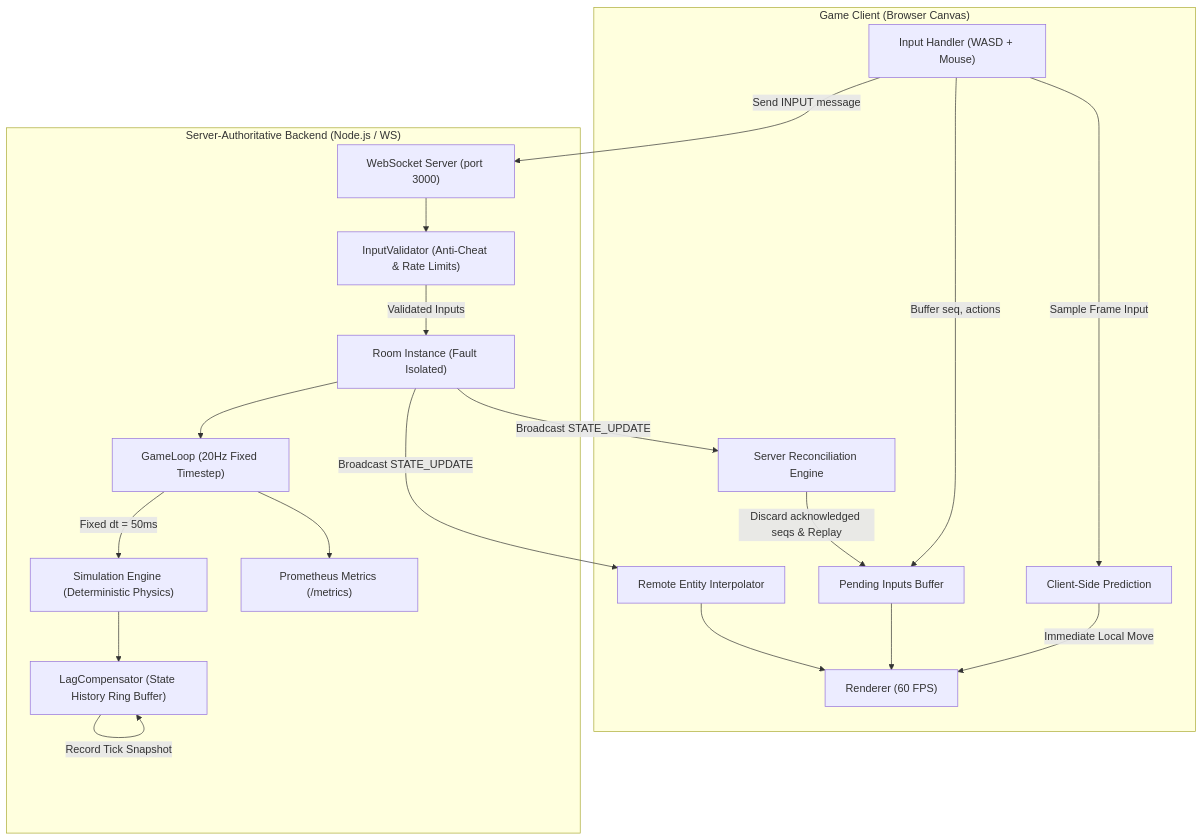
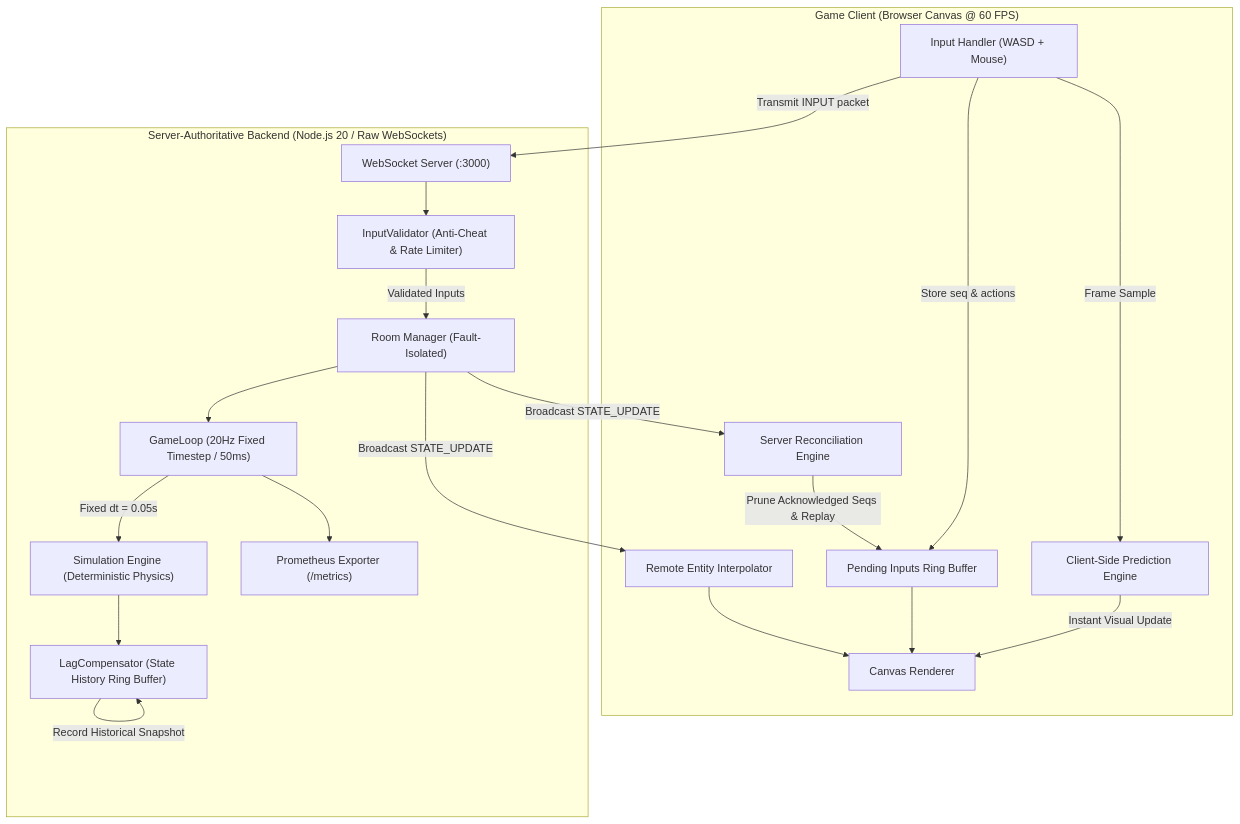
The diagram in README.md (abhishekkumarcoder21/Real-Time-Multiplayer-Game-Server), drawn with Mermaid before and after one commit. The commit also changed other lines of this file, not shown here.

Commit message:
docs: create beautiful showcase README with architecture diagrams and benchmarks

````diff
--- a/README.md
+++ b/README.md
@@ -46,40 +63,40 @@
 ```mermaid
 graph TD
-    subgraph Client ["Game Client (Browser Canvas)"]
+    subgraph Client ["Game Client (Browser Canvas @ 60 FPS)"]
         Input["Input Handler (WASD + Mouse)"]
-        Pred["Client-Side Prediction"]
-        Buffer["Pending Inputs Buffer"]
+        Pred["Client-Side Prediction Engine"]
+        Buffer["Pending Inputs Ring Buffer"]
         Recon["Server Reconciliation Engine"]
         Interp["Remote Entity Interpolator"]
-        Canvas["Renderer (60 FPS)"]
+        Canvas["Canvas Renderer"]
     end
 
-    subgraph Server ["Server-Authoritative Backend (Node.js / WS)"]
-        WS["WebSocket Server (port 3000)"]
-        Validator["InputValidator (Anti-Cheat & Rate Limits)"]
-        Room["Room Instance (Fault Isolated)"]
-        Loop["GameLoop (20Hz Fixed Timestep)"]
+    subgraph Server ["Server-Authoritative Backend (Node.js 20 / Raw WebSockets)"]
+        WS["WebSocket Server (:3000)"]
+        Validator["InputValidator (Anti-Cheat & Rate Limiter)"]
+        Room["Room Manager (Fault-Isolated)"]
+        Loop["GameLoop (20Hz Fixed Timestep / 50ms)"]
         Sim["Simulation Engine (Deterministic Physics)"]
         LagComp["LagCompensator (State History Ring Buffer)"]
-        Metrics["Prometheus Metrics (/metrics)"]
+        Metrics["Prometheus Exporter (/metrics)"]
     end
 
-    Input -->|Sample Frame Input| Pred
-    Pred -->|Immediate Local Move| Canvas
-    Input -->|Buffer seq, actions| Buffer
-    Input -->|Send INPUT message| WS
+    Input -->|Frame Sample| Pred
+    Pred -->|Instant Visual Update| Canvas
+    Input -->|Store seq & actions| Buffer
+    Input -->|Transmit INPUT packet| WS
 
     WS --> Validator
     Validator -->|Validated Inputs| Room
     Room --> Loop
-    Loop -->|Fixed dt = 50ms| Sim
+    Loop -->|Fixed dt = 0.05s| Sim
     Sim --> LagComp
-    LagComp -->|Record Tick Snapshot| LagComp
+    LagComp -->|Record Historical Snapshot| LagComp
 
     Room -->|Broadcast STATE_UPDATE| Recon
     Room -->|Broadcast STATE_UPDATE| Interp
-    Recon -->|Discard acknowledged seqs & Replay| Buffer
+    Recon -->|Prune Acknowledged Seqs & Replay| Buffer
     Buffer --> Canvas
     Interp --> Canvas
     Loop --> Metrics
 ```
````
